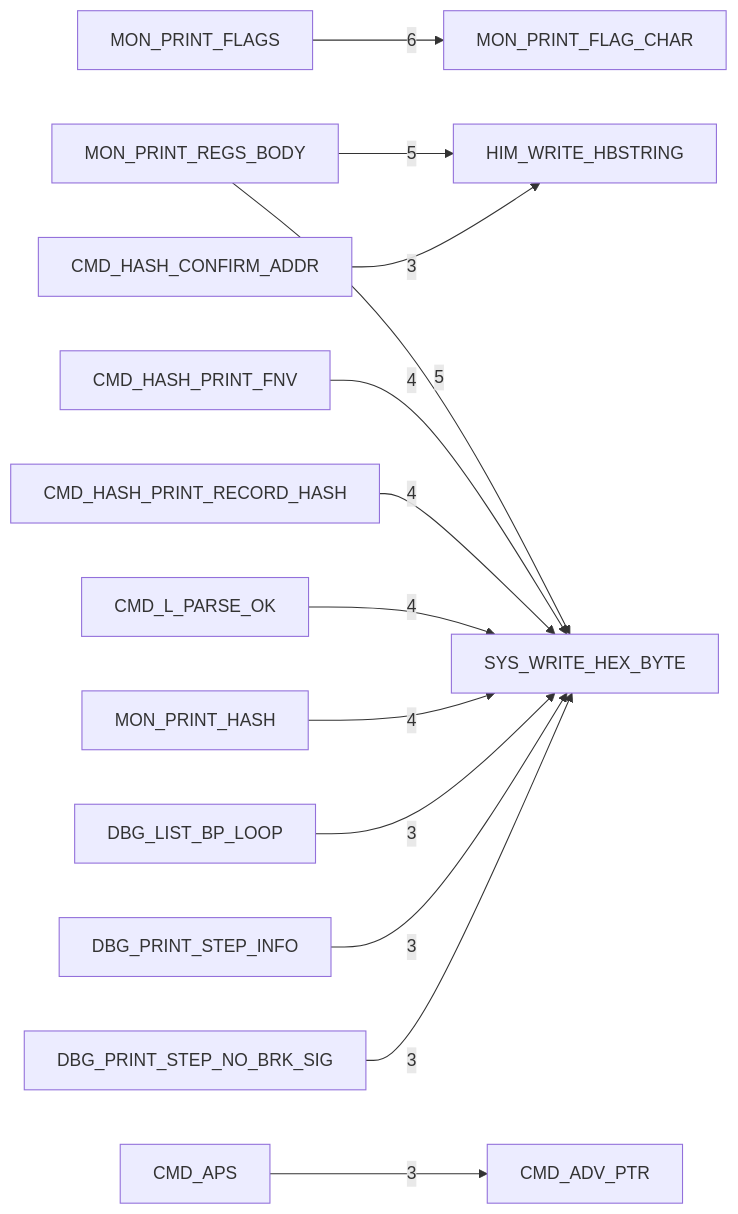
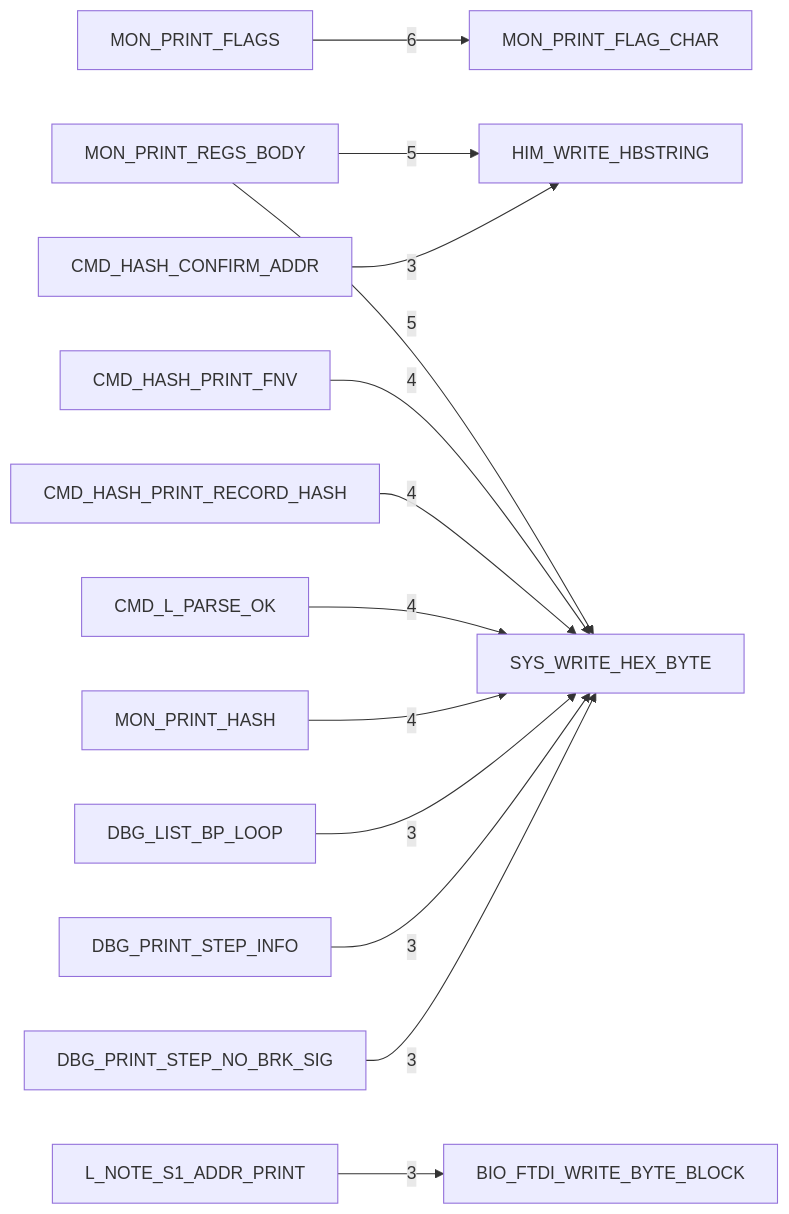
One commit to 95westus/R-YORS changed the second of 6 diagrams in DOC/GENERATED/HIMON_COMMAND_MAP.md. Above: the diagram before and after it, drawn with Mermaid. The commit also changed other lines of this file and 243 other files, not shown here.

````diff
--- a/DOC/GENERATED/HIMON_COMMAND_MAP.md
+++ b/DOC/GENERATED/HIMON_COMMAND_MAP.md
@@ -24,15 +24,15 @@
 ```mermaid
 flowchart LR
     N_MON_PRINT_FLAGS[MON_PRINT_FLAGS] -->|6| N_MON_PRINT_FLAG_CHAR[MON_PRINT_FLAG_CHAR]
     N_MON_PRINT_REGS_BODY[MON_PRINT_REGS_BODY] -->|5| N_HIM_WRITE_HBSTRING[HIM_WRITE_HBSTRING]
     N_MON_PRINT_REGS_BODY[MON_PRINT_REGS_BODY] -->|5| N_SYS_WRITE_HEX_BYTE[SYS_WRITE_HEX_BYTE]
     N_CMD_HASH_PRINT_FNV[CMD_HASH_PRINT_FNV] -->|4| N_SYS_WRITE_HEX_BYTE[SYS_WRITE_HEX_BYTE]
     N_CMD_HASH_PRINT_RECORD_HASH[CMD_HASH_PRINT_RECORD_HASH] -->|4| N_SYS_WRITE_HEX_BYTE[SYS_WRITE_HEX_BYTE]
     N_CMD_L_PARSE_OK[CMD_L_PARSE_OK] -->|4| N_SYS_WRITE_HEX_BYTE[SYS_WRITE_HEX_BYTE]
     N_MON_PRINT_HASH[MON_PRINT_HASH] -->|4| N_SYS_WRITE_HEX_BYTE[SYS_WRITE_HEX_BYTE]
-    N_CMD_APS[CMD_APS] -->|3| N_CMD_ADV_PTR[CMD_ADV_PTR]
     N_CMD_HASH_CONFIRM_ADDR[CMD_HASH_CONFIRM_ADDR] -->|3| N_HIM_WRITE_HBSTRING[HIM_WRITE_HBSTRING]
     N_DBG_LIST_BP_LOOP[DBG_LIST_BP_LOOP] -->|3| N_SYS_WRITE_HEX_BYTE[SYS_WRITE_HEX_BYTE]
     N_DBG_PRINT_STEP_INFO[DBG_PRINT_STEP_INFO] -->|3| N_SYS_WRITE_HEX_BYTE[SYS_WRITE_HEX_BYTE]
     N_DBG_PRINT_STEP_NO_BRK_SIG[DBG_PRINT_STEP_NO_BRK_SIG] -->|3| N_SYS_WRITE_HEX_BYTE[SYS_WRITE_HEX_BYTE]
+    N_L_NOTE_S1_ADDR_PRINT[L_NOTE_S1_ADDR_PRINT] -->|3| N_BIO_FTDI_WRITE_BYTE_BLOCK[BIO_FTDI_WRITE_BYTE_BLOCK]
 ```
````
